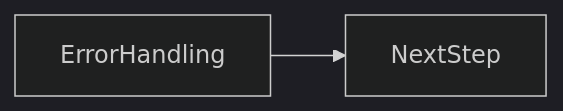
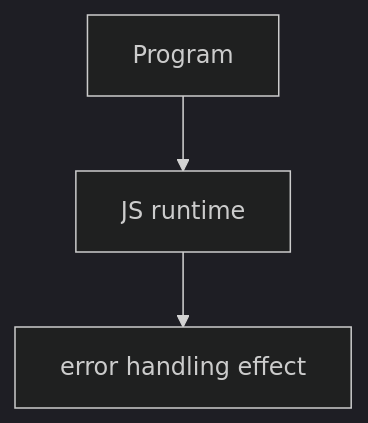
Before and after one commit to OmidJavaherii/Frontend-Engineering-Handbook: the second of 2 diagrams in docs/en/06-javascript/error-handling/index.md, drawn with Mermaid (dark theme). The commit also changed other lines of this file and 461 other files, not shown here.

````diff
--- a/docs/en/06-javascript/error-handling/index.md
+++ b/docs/en/06-javascript/error-handling/index.md
@@ -94,4 +109,5 @@
 ```mermaid
-flowchart LR
-  concept[ErrorHandling] --> nextStep[NextStep]
+flowchart TD
+  Code[Program] --> Runtime[JS runtime]
+  Runtime --> Effect[error handling effect]
 ```
````
